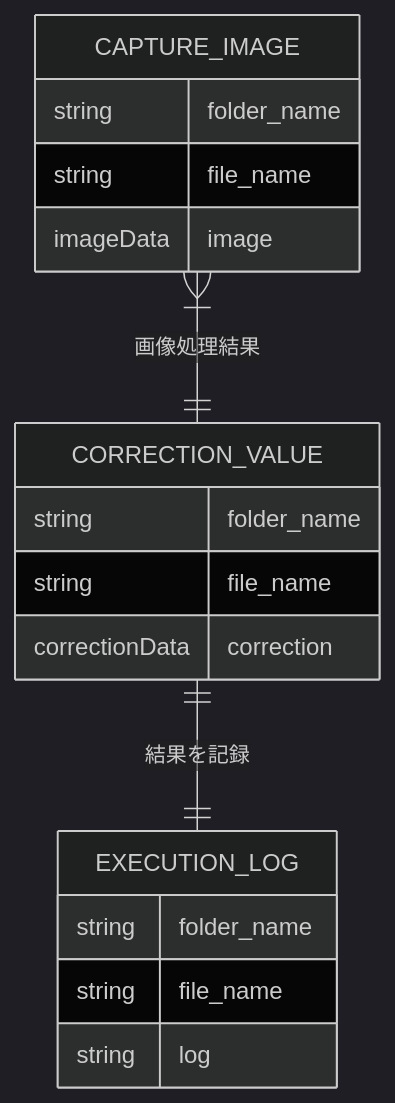
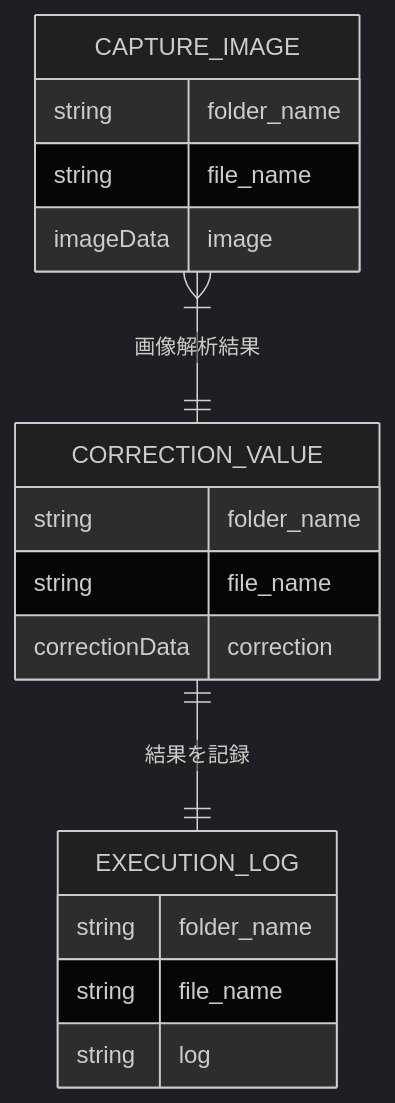
One commit to HottaTakayuki/ColorAlignmentSoftware changed the fifth of 5 diagrams in docs/カメラCAS_基本設計書.md. Above: the diagram before and after it, drawn with Mermaid (dark theme). The commit also changed other lines of this file and 26 other files, not shown here.

````diff
--- a/docs/カメラCAS_基本設計書.md
+++ b/docs/カメラCAS_基本設計書.md
@@ -427,21 +427,21 @@
 ```mermaid
 erDiagram
-    CAPTURE_IMAGE }|--|| CORRECTION_VALUE : "画像処理結果"
+    CAPTURE_IMAGE }|--|| CORRECTION_VALUE : "画像解析結果"
     CORRECTION_VALUE ||--|| EXECUTION_LOG : "結果を記録"
 
     CAPTURE_IMAGE {
         string folder_name
         string file_name
         imageData image
     }
     CORRECTION_VALUE {
         string folder_name
         string file_name
         correctionData correction
     }
     EXECUTION_LOG {
         string folder_name
         string file_name
         string log
     }
 ```
````
